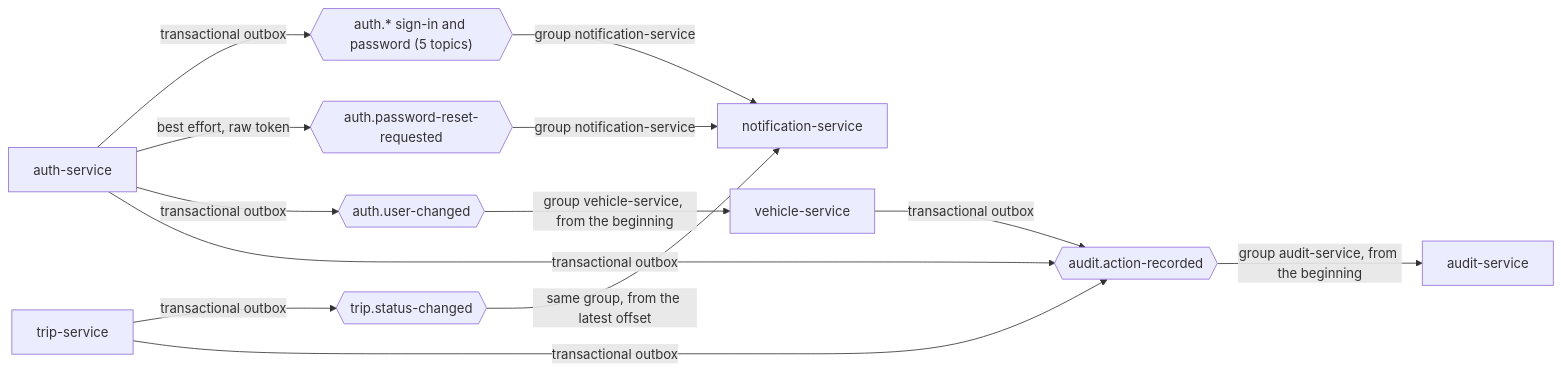
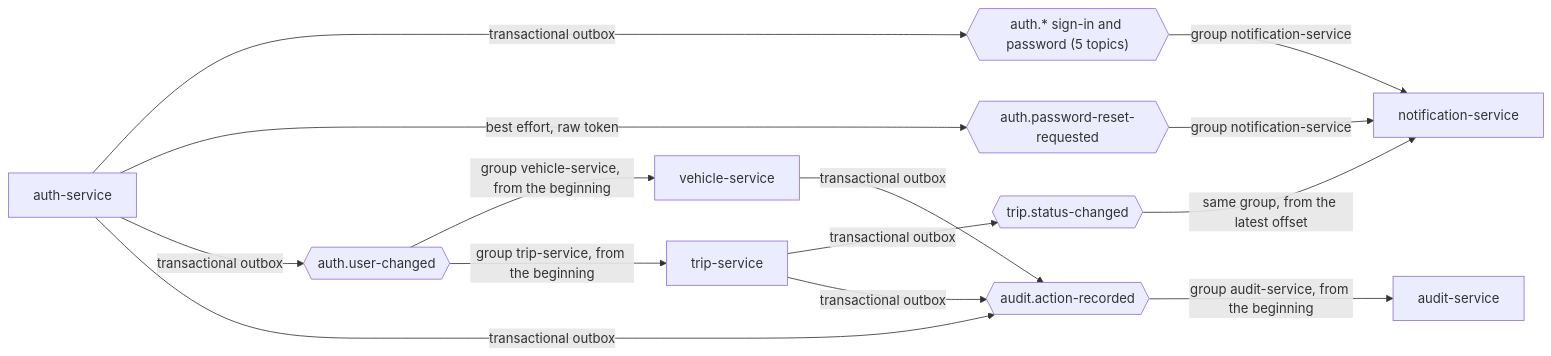
Before and after one commit to Mohammed-Taysser/masr3: the third of 3 diagrams in docs/infrastructure.md, drawn with Mermaid. The commit also changed other lines of this file and 21 other files, not shown here.

Commit message:
feat(trip-service): keep a copy of customers and drivers from auth.user-changed

````diff
--- a/docs/infrastructure.md
+++ b/docs/infrastructure.md
@@ -123,15 +123,16 @@
 ```mermaid
 flowchart LR
   auth[auth-service] -->|transactional outbox| at{{"auth.* sign-in and password (5 topics)"}}
   at -->|group notification-service| ns[notification-service]
   auth -->|best effort, raw token| rr{{auth.password-reset-requested}}
   rr -->|group notification-service| ns
   auth -->|transactional outbox| uc{{auth.user-changed}}
   uc -->|group vehicle-service, from the beginning| vs[vehicle-service]
+  uc -->|group trip-service, from the beginning| trip
   trip[trip-service] -->|transactional outbox| tt{{trip.status-changed}}
   tt -->|same group, from the latest offset| ns
   auth -->|transactional outbox| aa{{audit.action-recorded}}
   trip -->|transactional outbox| aa
   vs -->|transactional outbox| aa
   aa -->|group audit-service, from the beginning| as[audit-service]
 ```
````
